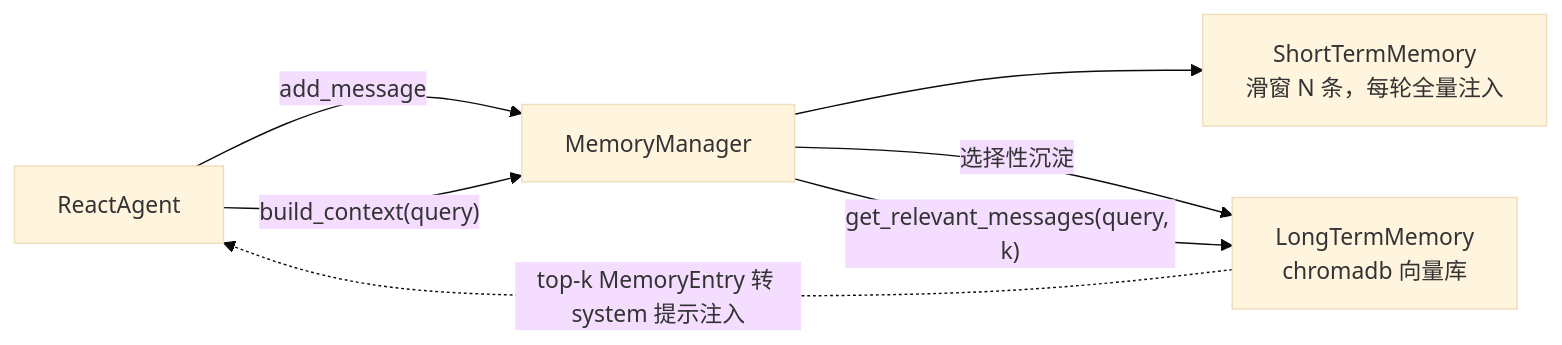
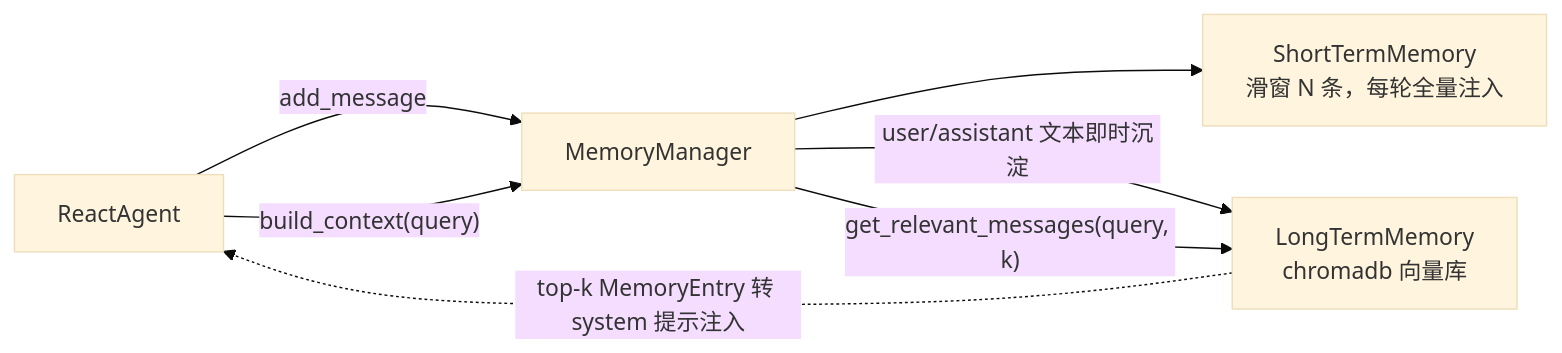
One commit to Mzys521/gearlink changed the fourth of 4 diagrams in docs/架构设计.md. Above: the diagram before and after it, drawn with Mermaid (base theme). The commit also changed other lines of this file and 6 other files, not shown here.

````diff
--- a/docs/架构设计.md
+++ b/docs/架构设计.md
@@ -226,9 +232,9 @@
 ```mermaid
 flowchart LR
     AGENT[ReactAgent] -->|"add_message"| MM[MemoryManager]
     MM --> STM["ShortTermMemory<br/>滑窗 N 条，每轮全量注入"]
-    MM -->|"选择性沉淀"| LTM["LongTermMemory<br/>chromadb 向量库"]
+    MM -->|"user/assistant 文本即时沉淀"| LTM["LongTermMemory<br/>chromadb 向量库"]
     AGENT -->|"build_context(query)"| MM
     MM -->|"get_relevant_messages(query, k)"| LTM
     LTM -.->|"top-k MemoryEntry 转 system 提示注入"| AGENT
 ```
````
